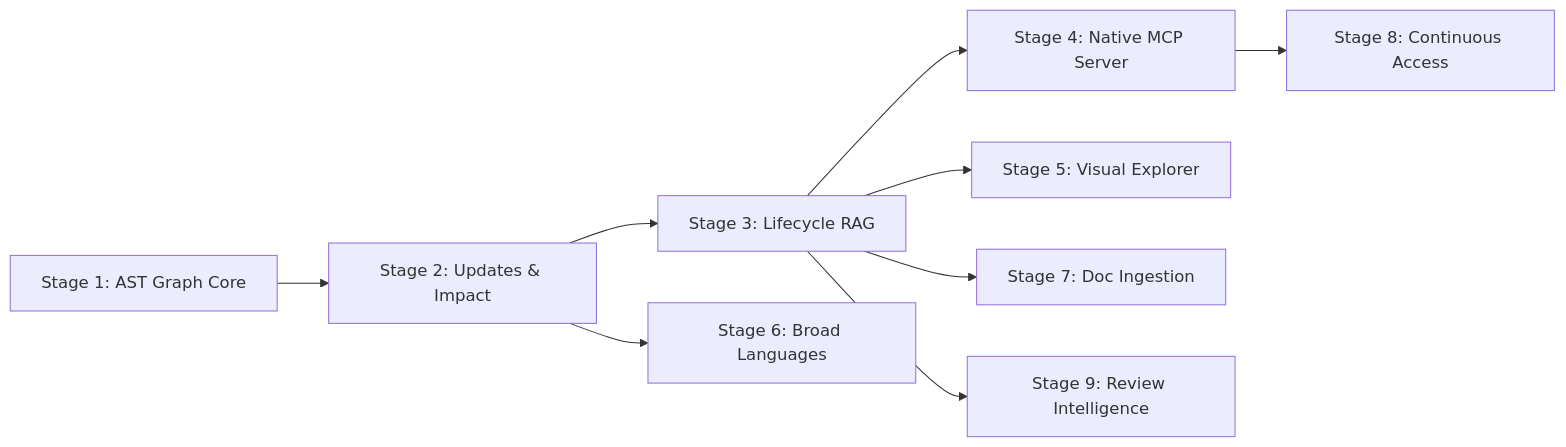
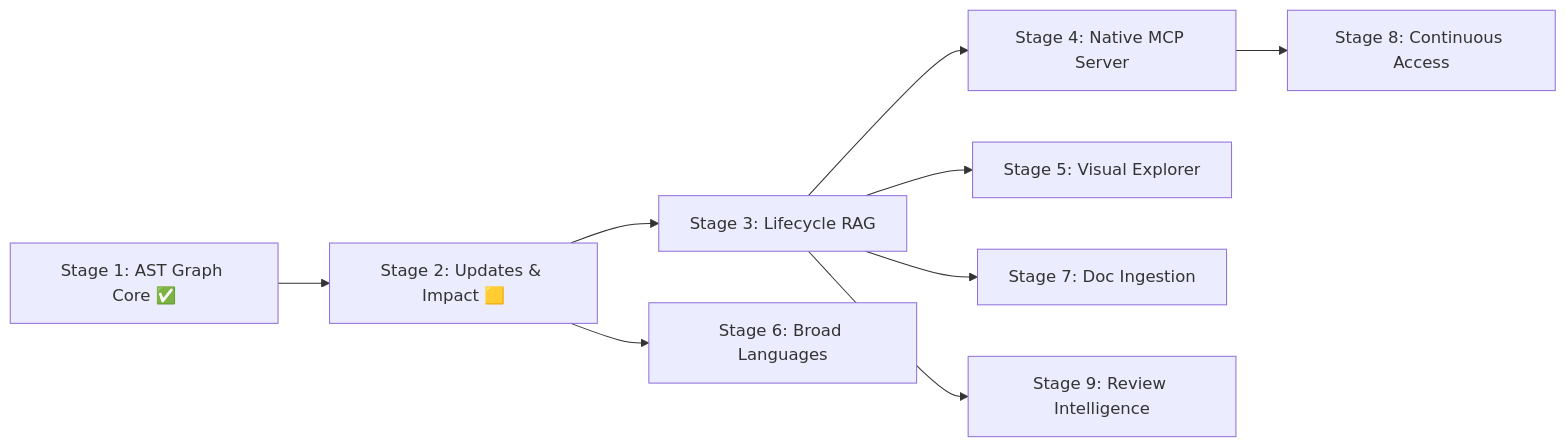
The diagram in docs/Master-Plan.md (sky2464/Agtoosa2), drawn with Mermaid before and after one commit. The commit also changed other lines of this file and 9 other files, not shown here.

Commit message:
feat(DEV-002): add incremental fingerprinting, JS/TS AST parser, and explain/path/impact investigation engine

````diff
--- a/docs/Master-Plan.md
+++ b/docs/Master-Plan.md
@@ -29,11 +30,11 @@
 ```mermaid
 flowchart LR
-    S1[Stage 1: AST Graph Core] --> S2[Stage 2: Updates & Impact]
+    S1[Stage 1: AST Graph Core ✅] --> S2[Stage 2: Updates & Impact 🟨]
     S2 --> S3[Stage 3: Lifecycle RAG]
     S3 --> S4[Stage 4: Native MCP Server]
     S3 --> S5[Stage 5: Visual Explorer]
     S2 --> S6[Stage 6: Broad Languages]
     S3 --> S7[Stage 7: Doc Ingestion]
     S4 --> S8[Stage 8: Continuous Access]
     S3 --> S9[Stage 9: Review Intelligence]
 ```
````
